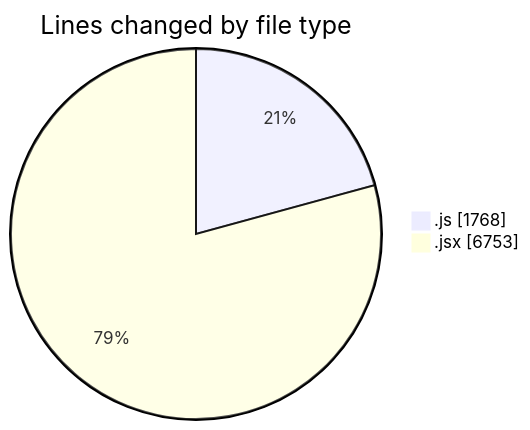
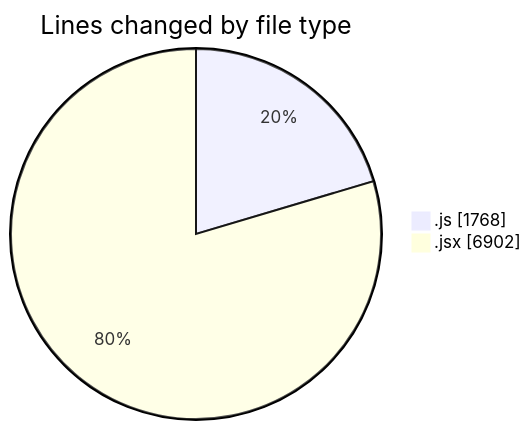
Before and after one commit to nxtqubesakshisongat/code-tracking: the first of 2 diagrams in 2025-08-05/nxtqube_webapp/README.md, drawn with Mermaid. The commit also changed other lines of this file and 1 other file, not shown here.

````diff
--- a/2025-08-05/nxtqube_webapp/README.md
+++ b/2025-08-05/nxtqube_webapp/README.md
@@ -39,6 +39,6 @@
 ```mermaid
 pie showData
 title Lines changed by file type
 ".js" : 1768
-".jsx" : 6753
+".jsx" : 6902
 ```
````
